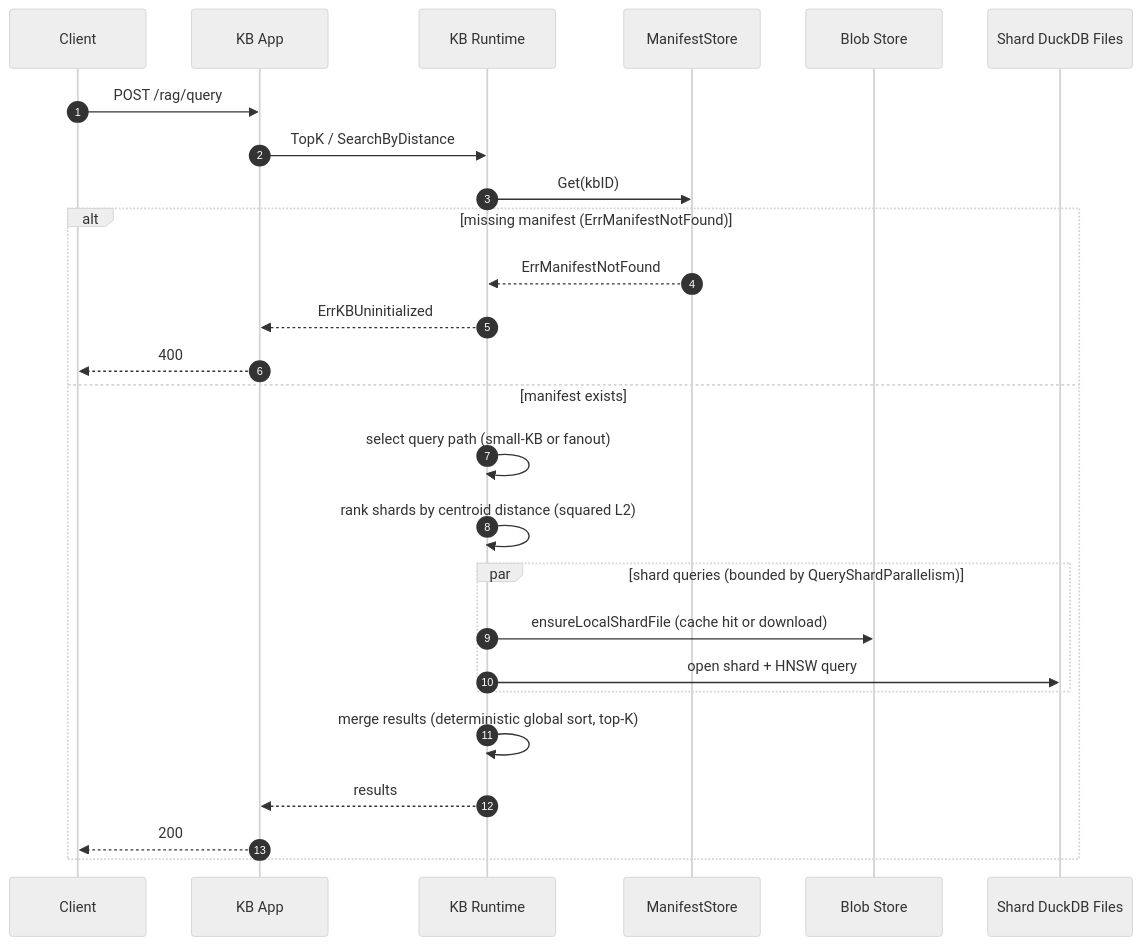
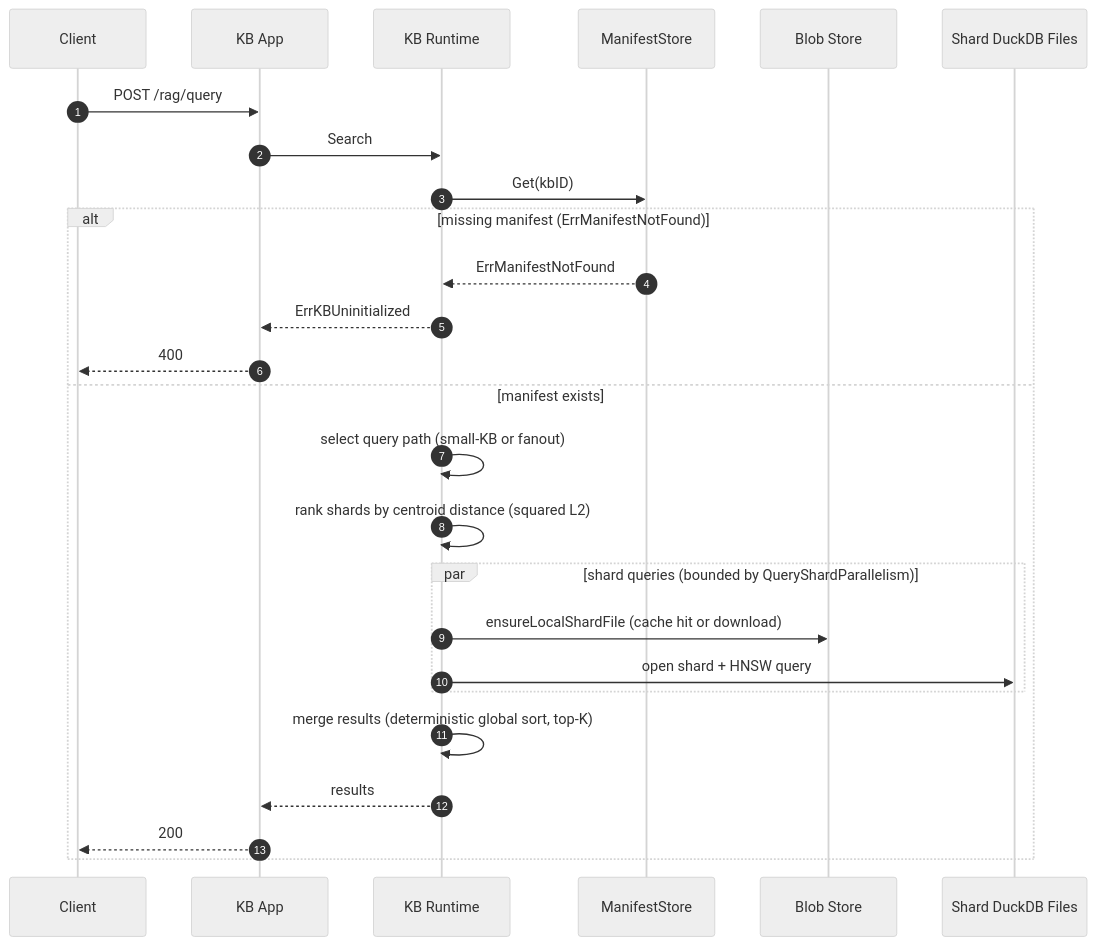
Before and after one commit to mikills/minnow: the third of 4 diagrams in docs/architecture.md, drawn with Mermaid (neutral theme). The commit also changed 24 other files, not shown here.

````diff
--- a/docs/architecture.md
+++ b/docs/architecture.md
@@ -69,29 +69,29 @@
 ```mermaid
 sequenceDiagram
     autonumber
     participant C as Client
     participant A as KB App
     participant K as KB Runtime
     participant M as ManifestStore
     participant B as Blob Store
     participant S as Shard DuckDB Files
 
     C->>A: POST /rag/query
-    A->>K: TopK / SearchByDistance
+    A->>K: Search
     K->>M: Get(kbID)
     alt missing manifest (ErrManifestNotFound)
         M-->>K: ErrManifestNotFound
         K-->>A: ErrKBUninitialized
         A-->>C: 400
     else manifest exists
         K->>K: select query path (small-KB or fanout)
         K->>K: rank shards by centroid distance (squared L2)
         par shard queries (bounded by QueryShardParallelism)
             K->>B: ensureLocalShardFile (cache hit or download)
             K->>S: open shard + HNSW query
         end
         K->>K: merge results (deterministic global sort, top-K)
         K-->>A: results
         A-->>C: 200
     end
 ```
````
